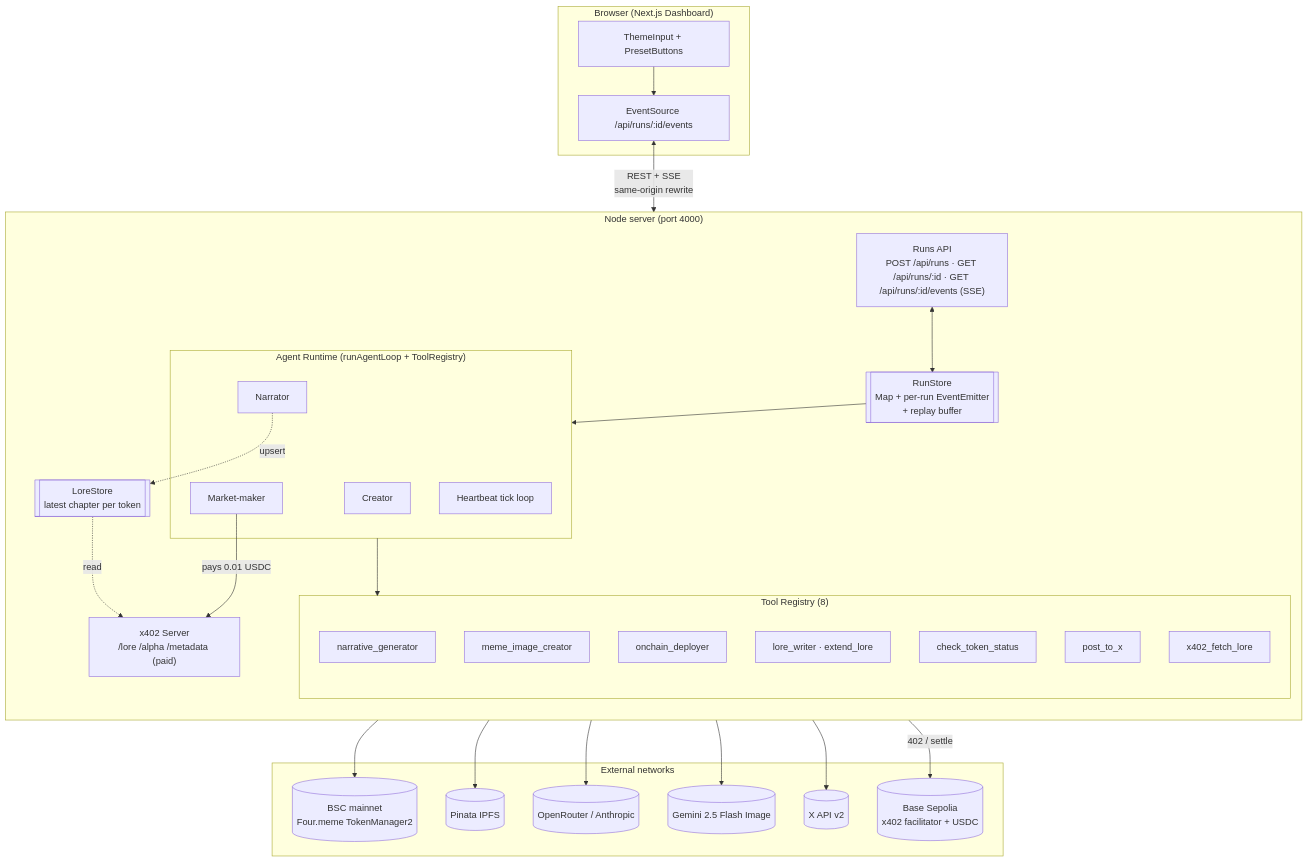
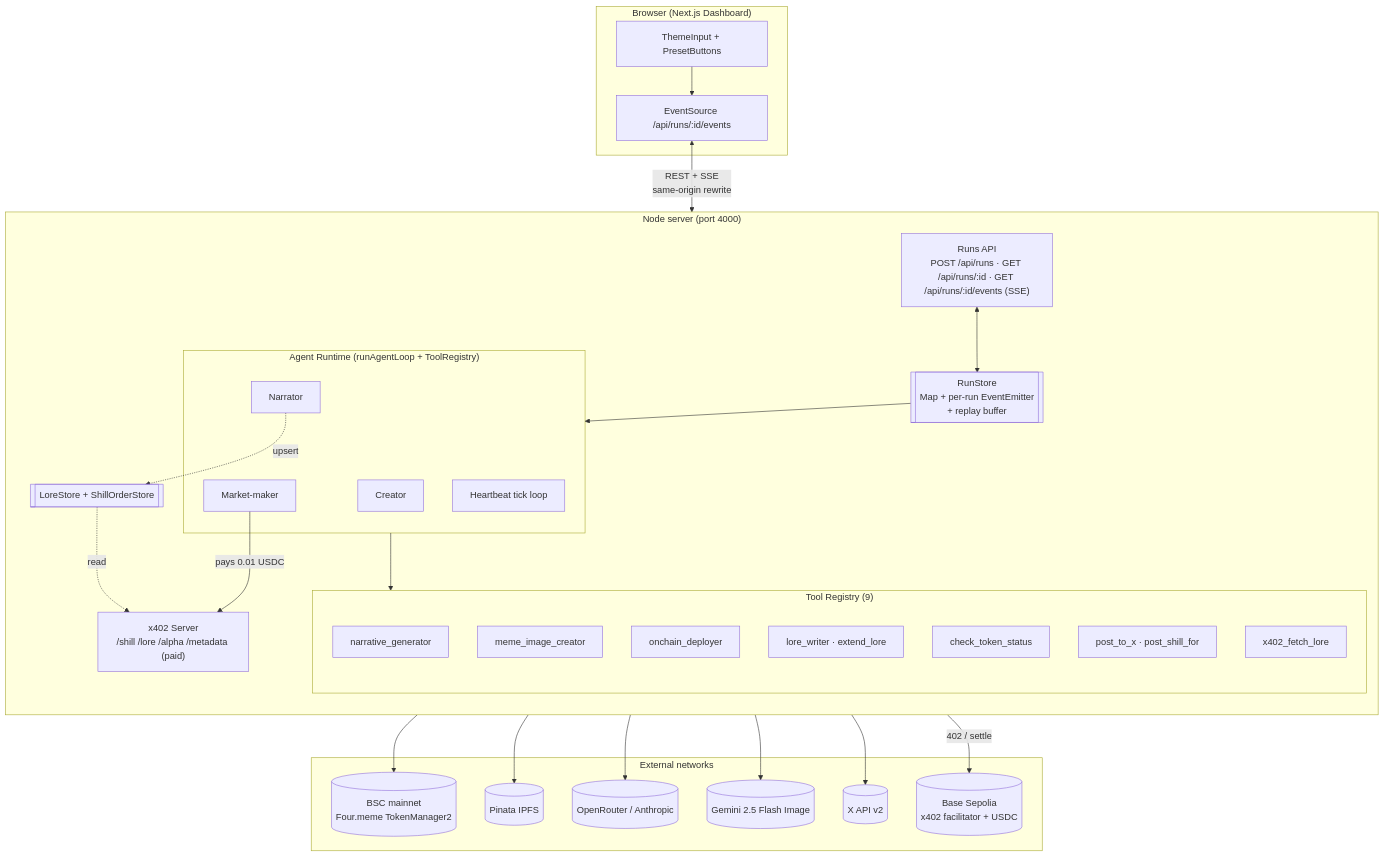
Before and after one commit to mymaine/memind: the diagram in README.md, drawn with Mermaid. The commit also changed other lines of this file and 9 other files, not shown here.

Commit message:
docs: slim README to <=200 lines and prune internal docs from repo (keep architecture + runbook)

````diff
--- a/README.md
+++ b/README.md
@@ -42,54 +33,54 @@
 ```mermaid
 flowchart TB
   subgraph Browser["Browser (Next.js Dashboard)"]
     UI[ThemeInput + PresetButtons]
     SSE[EventSource /api/runs/:id/events]
     UI --> SSE
   end
 
   subgraph Server["Node server (port 4000)"]
     direction TB
     RunsAPI["Runs API<br/>POST /api/runs · GET /api/runs/:id · GET /api/runs/:id/events (SSE)"]
     RunStore[[RunStore<br/>Map + per-run EventEmitter<br/>+ replay buffer]]
     subgraph Runtime["Agent Runtime (runAgentLoop + ToolRegistry)"]
       Creator[Creator]
       Narrator[Narrator]
       Market[Market-maker]
       Heart[Heartbeat tick loop]
     end
-    subgraph Tools["Tool Registry (8)"]
+    subgraph Tools["Tool Registry (9)"]
       T1[narrative_generator]
       T2[meme_image_creator]
       T3[onchain_deployer]
       T4[lore_writer · extend_lore]
       T5[check_token_status]
-      T6[post_to_x]
+      T6[post_to_x · post_shill_for]
       T7[x402_fetch_lore]
     end
-    LoreStore[[LoreStore<br/>latest chapter per token]]
-    X402Server["x402 Server<br/>/lore /alpha /metadata (paid)"]
+    LoreStore[[LoreStore + ShillOrderStore]]
+    X402Server["x402 Server<br/>/shill /lore /alpha /metadata (paid)"]
     RunsAPI <--> RunStore
     RunStore --> Runtime
     Runtime --> Tools
     Narrator -. upsert .-> LoreStore
     LoreStore -. read .-> X402Server
   end
 
   subgraph External["External networks"]
     BSC[(BSC mainnet<br/>Four.meme TokenManager2)]
     Pinata[(Pinata IPFS)]
     OpenRouter[(OpenRouter / Anthropic)]
     Gemini[(Gemini 2.5 Flash Image)]
     XAPI[(X API v2)]
     BaseSep[(Base Sepolia<br/>x402 facilitator + USDC)]
   end
 
   SSE <-->|REST + SSE<br/>same-origin rewrite| RunsAPI
   T3 --> BSC
   T4 --> Pinata
   T2 --> Gemini
   T6 --> XAPI
   Runtime --> OpenRouter
   Market -- pays 0.01 USDC --> X402Server
   X402Server -- 402 / settle --> BaseSep
 ```
````
